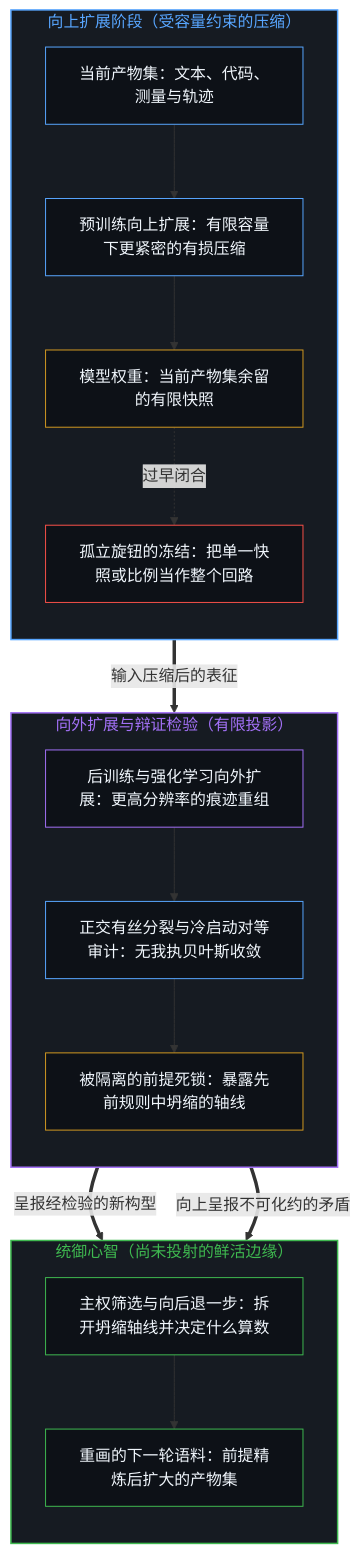
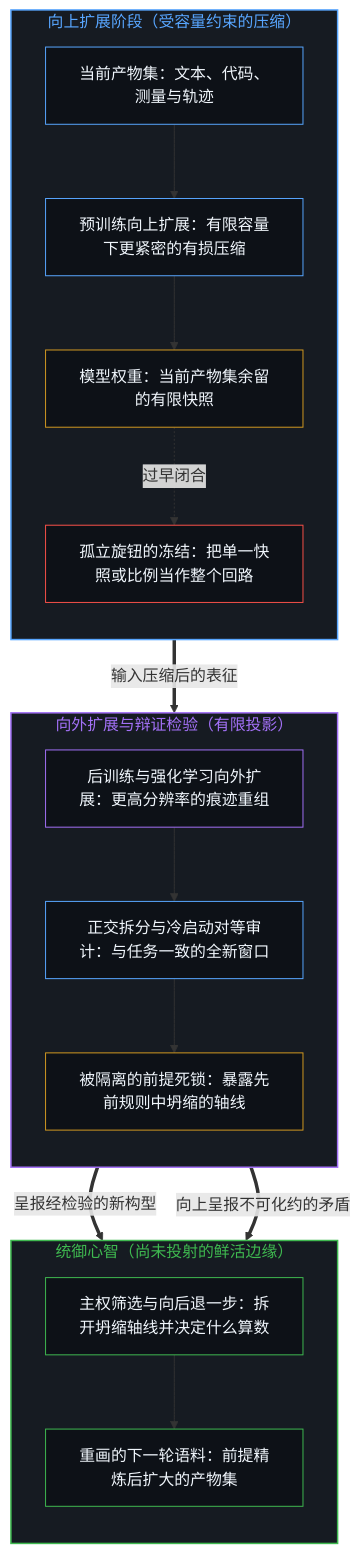
One commit to powerpig99/not-a-toe changed the first of 2 diagrams in content/posts/the-scaling-loop.md. Above: the diagram before and after it, drawn with Mermaid. The commit also changed other lines of this file and 18 other files, not shown here.

````diff
--- a/content/posts/the-scaling-loop.md
+++ b/content/posts/the-scaling-loop.md
@@ -51,44 +51,40 @@
 ```mermaid
 flowchart TD
     subgraph S_Up["向上扩展阶段（受容量约束的压缩）"]
         direction TB
         A["当前产物集：文本、代码、测量与轨迹"]
         U["预训练向上扩展：有限容量下更紧密的有损压缩"]
         W["模型权重：当前产物集余留的有限快照"]
         F["孤立旋钮的冻结：把单一快照或比例当作整个回路"]
         A --> U --> W
         W -.->|"过早闭合"| F
     end
-
     subgraph S_Out["向外扩展与辩证检验（有限投影）"]
         direction TB
         O["后训练与强化学习向外扩展：更高分辨率的痕迹重组"]
-        M["正交有丝分裂与冷启动对等审计：无我执贝叶斯收敛"]
+        M["正交拆分与冷启动对等审计：与任务一致的全新窗口"]
         D["被隔离的前提死锁：暴露先前规则中坍缩的轴线"]
         O --> M --> D
     end
-
     subgraph S_Mind["统御心智（尚未投射的鲜活边缘）"]
         direction TB
         J["主权筛选与向后退一步：拆开坍缩轴线并决定什么算数"]
         R["重画的下一轮语料：前提精炼后扩大的产物集"]
         J --> R
     end
-
     W ==>|"输入压缩后的表征"| O
     M ==>|"呈报经检验的新构型"| J
     D ==>|"向上呈报不可化约的矛盾"| J
-
     style S_Up fill:#161b22,stroke:#58a6ff,stroke-width:1.5px,color:#58a6ff
     style S_Out fill:#161b22,stroke:#a371f7,stroke-width:1.5px,color:#a371f7
     style S_Mind fill:#161b22,stroke:#3fb950,stroke-width:1.5px,color:#3fb950
     style A fill:#0d1117,stroke:#58a6ff,stroke-width:1px,color:#f0f6fc
     style U fill:#0d1117,stroke:#58a6ff,stroke-width:1px,color:#f0f6fc
     style W fill:#0d1117,stroke:#d29922,stroke-width:1px,color:#f0f6fc
     style F fill:#0d1117,stroke:#f85149,stroke-width:1px,color:#f0f6fc
     style O fill:#0d1117,stroke:#a371f7,stroke-width:1px,color:#f0f6fc
     style M fill:#0d1117,stroke:#58a6ff,stroke-width:1px,color:#f0f6fc
     style D fill:#0d1117,stroke:#d29922,stroke-width:1px,color:#f0f6fc
     style J fill:#0d1117,stroke:#3fb950,stroke-width:1px,color:#f0f6fc
     style R fill:#0d1117,stroke:#3fb950,stroke-width:1px,color:#f0f6fc
 ```
````
